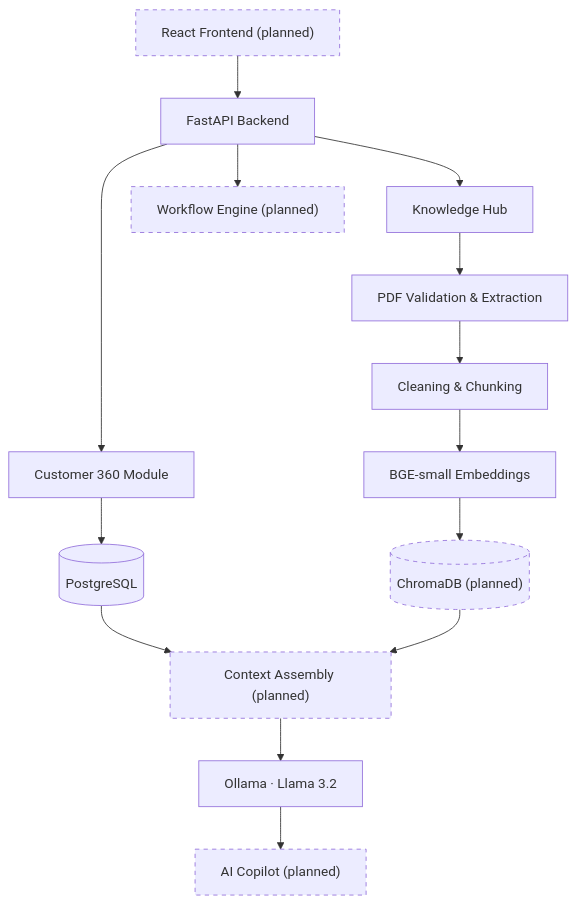
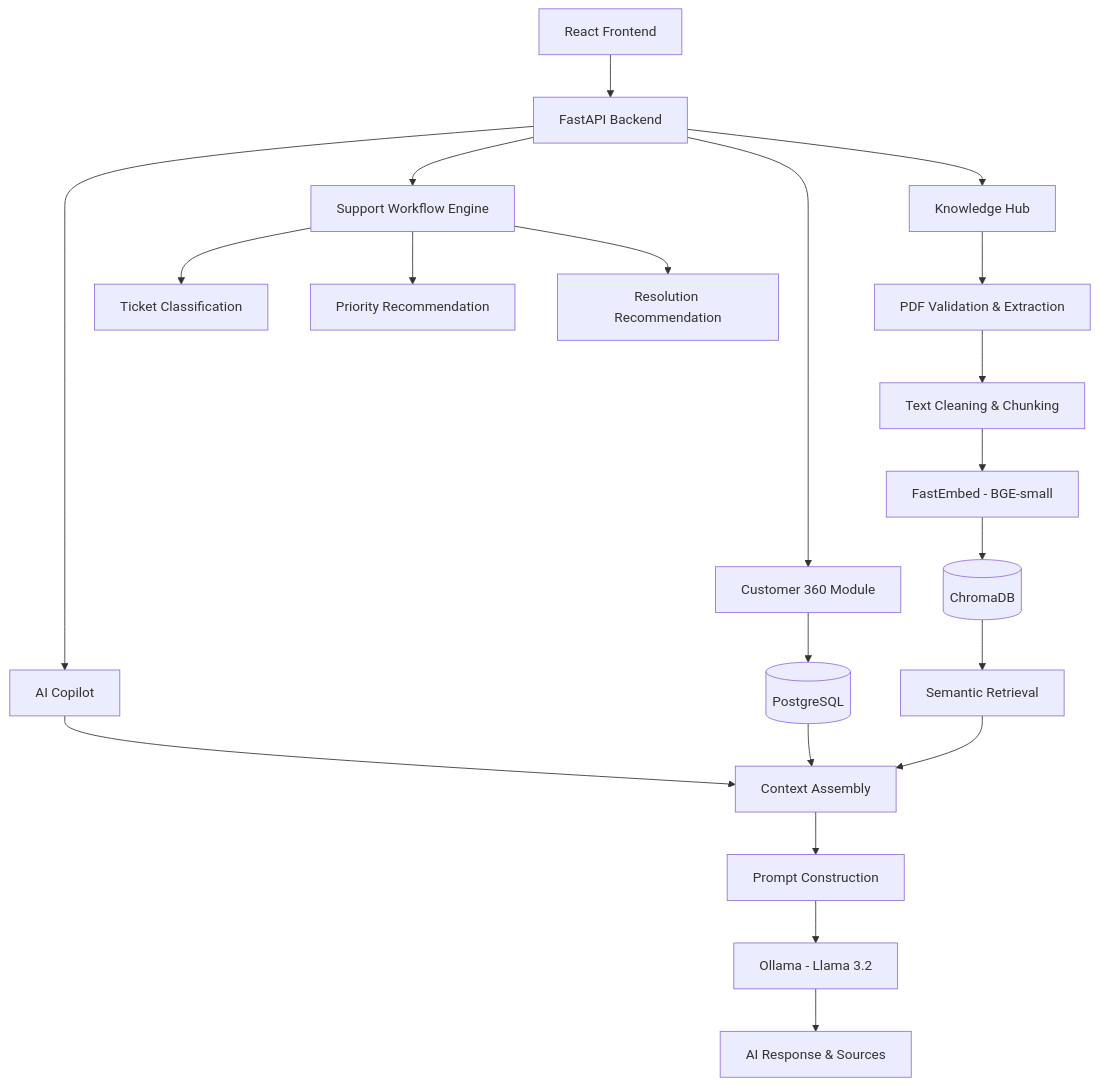
The diagram in README.md (Anushree195/EnterpriseBrain-360), drawn with Mermaid before and after one commit. The commit also changed other lines of this file, not shown here.

````diff
--- a/README.md
+++ b/README.md
@@ -50,25 +73,29 @@
 ```mermaid
 flowchart TD
-    A["React Frontend (planned)"] --> B["FastAPI Backend"]
+    A["React Frontend"] --> B["FastAPI Backend"]
 
     B --> C["Customer 360 Module"]
     B --> D["Knowledge Hub"]
-    B --> E["Workflow Engine (planned)"]
+    B --> E["Support Workflow Engine"]
+    B --> F["AI Copilot"]
 
-    C --> F[("PostgreSQL")]
-    D --> G["PDF Validation & Extraction"]
-    G --> H["Cleaning & Chunking"]
-    H --> I["BGE-small Embeddings"]
-    I --> J[("ChromaDB (planned)")]
+    C --> G[("PostgreSQL")]
+    
+    D --> H["PDF Validation & Extraction"]
+    H --> I["Text Cleaning & Chunking"]
+    I --> J["FastEmbed - BGE-small"]
+    J --> K[("ChromaDB")]
 
-    F --> K["Context Assembly (planned)"]
-    J --> K
-    K --> L["Ollama · Llama 3.2"]
-    L --> M["AI Copilot (planned)"]
+    F --> L["Context Assembly"]
+    G --> L
+    K --> M["Semantic Retrieval"]
+    M --> L
 
-    style A stroke-dasharray: 5 5
-    style E stroke-dasharray: 5 5
-    style J stroke-dasharray: 5 5
-    style K stroke-dasharray: 5 5
-    style M stroke-dasharray: 5 5
+    L --> N["Prompt Construction"]
+    N --> O["Ollama - Llama 3.2"]
+    O --> P["AI Response & Sources"]
+
+    E --> Q["Ticket Classification"]
+    E --> R["Priority Recommendation"]
+    E --> S["Resolution Recommendation"]
 ```
````
